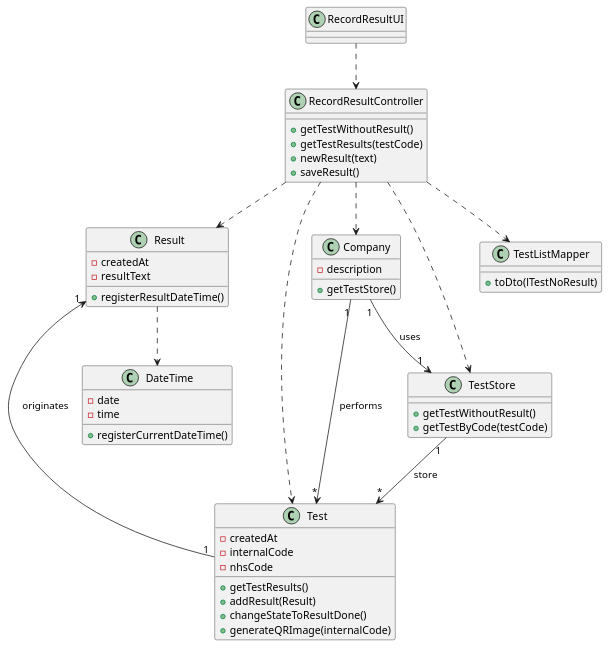
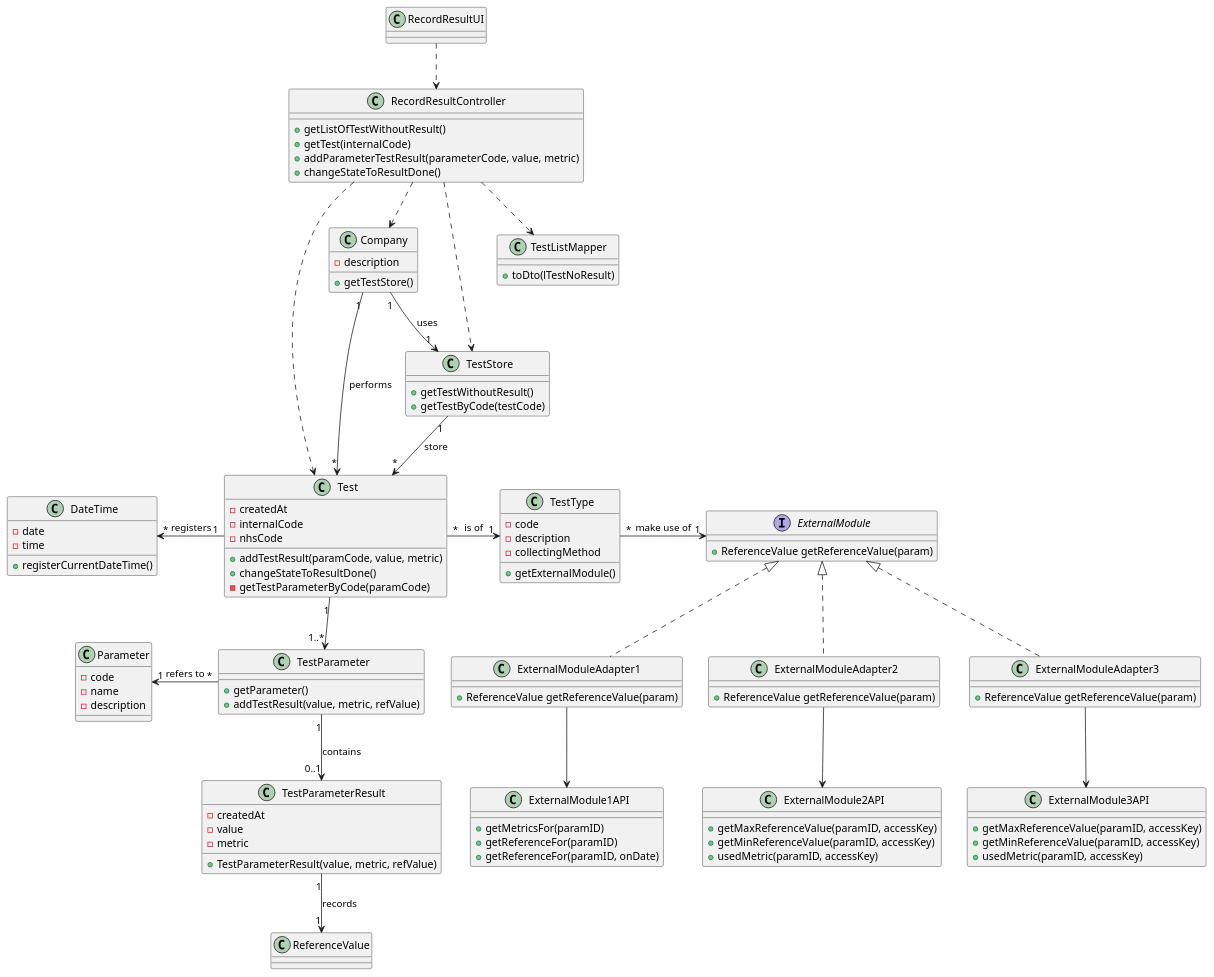
The diagram in docs/SprintC/US12/US12_CD.puml (GuilhermeCunha79/lapr2), drawn with PlantUML before and after one commit. The commit also changed 10 other files, not shown here.

Commit message:
Update of the diagrams [UC-12] [Design]

```diff
--- a/docs/SprintC/US12/US12_CD.puml
+++ b/docs/SprintC/US12/US12_CD.puml
@@ -1,61 +1,129 @@
 @startuml
 
 class RecordResultUI {
 }
 
 class RecordResultController {
-    +getTestWithoutResult()
-    +getTestResults(testCode)
-    +newResult(text)
-    +saveResult()
+    +getListOfTestWithoutResult()
+    +getTest(internalCode)
+    +addParameterTestResult(parameterCode, value, metric)
+    +changeStateToResultDone()
 }
 
 class Company {
     -description
     +getTestStore()
 }
 
 class TestStore {
     +getTestWithoutResult()
     +getTestByCode(testCode)
 }
 
 class TestListMapper {
     +toDto(lTestNoResult)
 }
 
 class Test {
     -createdAt
     -internalCode
     -nhsCode
-    +getTestResults()
-    +addResult(Result)
+    +addTestResult(paramCode, value, metric)
     +changeStateToResultDone()
-    +generateQRImage(internalCode)
+    -getTestParameterByCode(paramCode)
 }
 
-class Result {
-    -createdAt
-    -resultText
-    +registerResultDateTime()
-}
+
 
 class DateTime {
     -date
     -time
     +registerCurrentDateTime()
 }
 
+class TestType {
+    -code
+    -description
+    -collectingMethod
+    +getExternalModule()
+}
+
+class TestParameterResult {
+    -createdAt
+    -value
+    -metric
+    +TestParameterResult(value, metric, refValue)
+}
+
+class ReferenceValue {
+
+}
+
+class TestParameter {
+    +getParameter()
+    +addTestResult(value, metric, refValue)
+}
+
+class Parameter {
+    -code
+    -name
+    -description
+}
+
+interface ExternalModule {
+    +ReferenceValue getReferenceValue(param)
+}
+
+class ExternalModuleAdapter1 {
+    +ReferenceValue getReferenceValue(param)
+}
+
+class ExternalModuleAdapter2 {
+    +ReferenceValue getReferenceValue(param)
+}
+
+class ExternalModuleAdapter3 {
+    +ReferenceValue getReferenceValue(param)
+}
+
+class ExternalModule1API {
+    +getMetricsFor(paramID)
+    +getReferenceFor(paramID)
+    +getReferenceFor(paramID, onDate)
+}
+
+class ExternalModule2API {
+    +getMaxReferenceValue(paramID, accessKey)
+    +getMinReferenceValue(paramID, accessKey)
+    +usedMetric(paramID, accessKey)
+}
+
+class ExternalModule3API {
+    +getMaxReferenceValue(paramID, accessKey)
+    +getMinReferenceValue(paramID, accessKey)
+    +usedMetric(paramID, accessKey)
+}
+
 RecordResultUI ..> RecordResultController
 RecordResultController ..> Company
 RecordResultController ..> TestStore
 RecordResultController ..> TestListMapper
 RecordResultController ..> Test
-RecordResultController ..> Result
+
 Company"1" --> "*"Test : "performs"
 Company"1" --> "1"TestStore : "uses"
 TestStore"1" --> "*"Test : "store"
-Test"1" -left-> "1"Result : "originates"
-Result ..> DateTime
-
+Test"1" -left-> "*"DateTime : registers
+ExternalModule <|.. ExternalModuleAdapter1
+ExternalModule <|.. ExternalModuleAdapter2
+ExternalModule <|.. ExternalModuleAdapter3
+ExternalModuleAdapter1 -down-> ExternalModule1API
+ExternalModuleAdapter2 -down-> ExternalModule2API
+ExternalModuleAdapter3 -down-> ExternalModule3API
+TestType"*" -> "1"ExternalModule : "make use of"
+Test"*" -> "1"TestType : is of
+Test"1" -down-> "1..*" TestParameter
+TestParameter"1" --> "0..1" TestParameterResult : contains
+TestParameter"*" -left-> "1" Parameter : refers to
+TestParameterResult"1" --> "1"ReferenceValue : records
 @enduml
```
